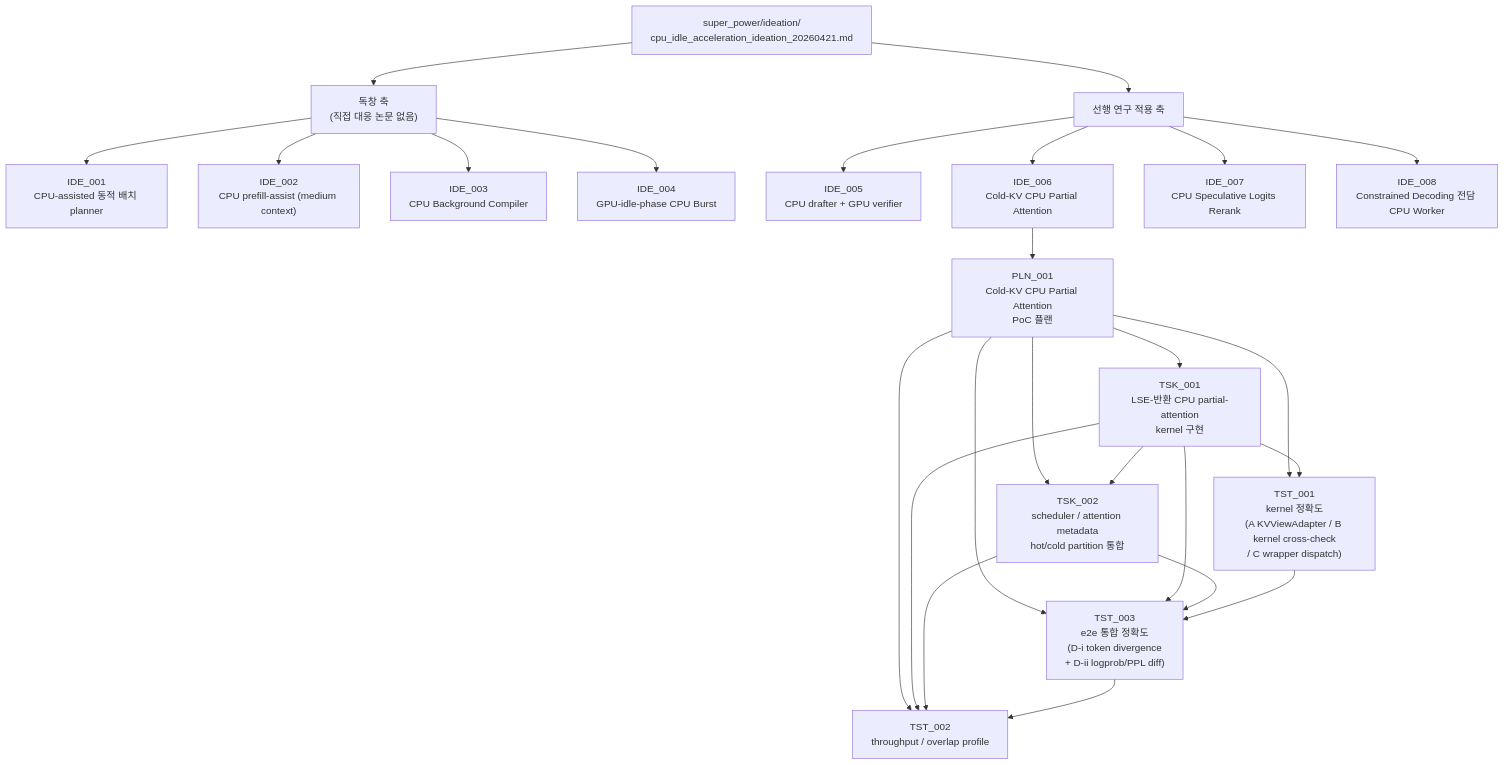
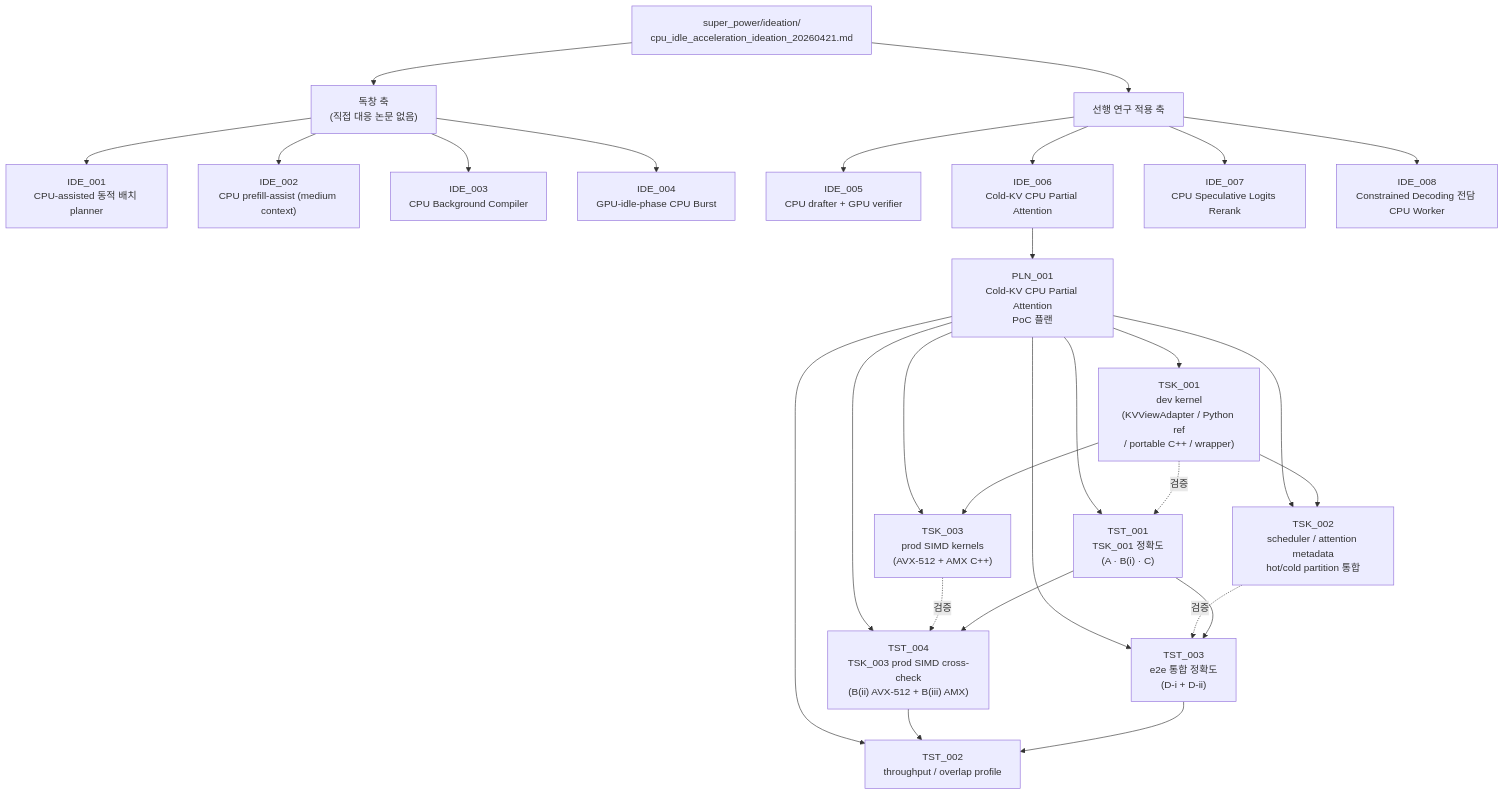
The diagram in shadow_assists/README.md (mystous/vllm_hybrid), drawn with Mermaid before and after one commit. The commit also changed 10 other files, not shown here.

First line of the commit message:
docs(IDE_006): split TSK_003/TST_004 for 1:1 TSK↔TST mapping

````diff
--- a/shadow_assists/README.md
+++ b/shadow_assists/README.md
@@ -140,34 +140,39 @@
 ```mermaid
 flowchart TB
     ROOT["super_power/ideation/<br/>cpu_idle_acceleration_ideation_20260421.md"]
 
     ROOT --> AXIS_A["독창 축<br/>(직접 대응 논문 없음)"]
     ROOT --> AXIS_B["선행 연구 적용 축"]
 
     AXIS_A --> IDE_001["IDE_001<br/>CPU-assisted 동적 배치 planner"]
     AXIS_A --> IDE_002["IDE_002<br/>CPU prefill-assist (medium context)"]
     AXIS_A --> IDE_003["IDE_003<br/>CPU Background Compiler"]
     AXIS_A --> IDE_004["IDE_004<br/>GPU-idle-phase CPU Burst"]
 
     AXIS_B --> IDE_005["IDE_005<br/>CPU drafter + GPU verifier"]
     AXIS_B --> IDE_006["IDE_006<br/>Cold-KV CPU Partial Attention"]
     AXIS_B --> IDE_007["IDE_007<br/>CPU Speculative Logits Rerank"]
     AXIS_B --> IDE_008["IDE_008<br/>Constrained Decoding 전담 CPU Worker"]
 
     IDE_006 --> PLN_001["PLN_001<br/>Cold-KV CPU Partial Attention<br/>PoC 플랜"]
 
-    PLN_001 --> TSK_001["TSK_001<br/>LSE-반환 CPU partial-attention<br/>kernel 구현"]
+    PLN_001 --> TSK_001["TSK_001<br/>dev kernel<br/>(KVViewAdapter / Python ref<br/>/ portable C++ / wrapper)"]
     PLN_001 --> TSK_002["TSK_002<br/>scheduler / attention metadata<br/>hot/cold partition 통합"]
-    PLN_001 --> TST_001["TST_001<br/>kernel 정확도<br/>(A KVViewAdapter / B kernel cross-check<br/>/ C wrapper dispatch)"]
-    PLN_001 --> TST_003["TST_003<br/>e2e 통합 정확도<br/>(D-i token divergence<br/>+ D-ii logprob/PPL diff)"]
+    PLN_001 --> TSK_003["TSK_003<br/>prod SIMD kernels<br/>(AVX-512 + AMX C++)"]
+    PLN_001 --> TST_001["TST_001<br/>TSK_001 정확도<br/>(A · B(i) · C)"]
+    PLN_001 --> TST_004["TST_004<br/>TSK_003 prod SIMD cross-check<br/>(B(ii) AVX-512 + B(iii) AMX)"]
+    PLN_001 --> TST_003["TST_003<br/>e2e 통합 정확도<br/>(D-i + D-ii)"]
     PLN_001 --> TST_002["TST_002<br/>throughput / overlap profile"]
 
     TSK_001 --> TSK_002
-    TSK_001 --> TST_001
-    TSK_001 --> TST_003
-    TSK_002 --> TST_003
-    TSK_001 --> TST_002
-    TSK_002 --> TST_002
+    TSK_001 --> TSK_003
+
+    TSK_001 -.검증.-> TST_001
+    TSK_003 -.검증.-> TST_004
+    TSK_002 -.검증.-> TST_003
+
+    TST_001 --> TST_004
     TST_001 --> TST_003
+    TST_004 --> TST_002
     TST_003 --> TST_002
 ```
````
